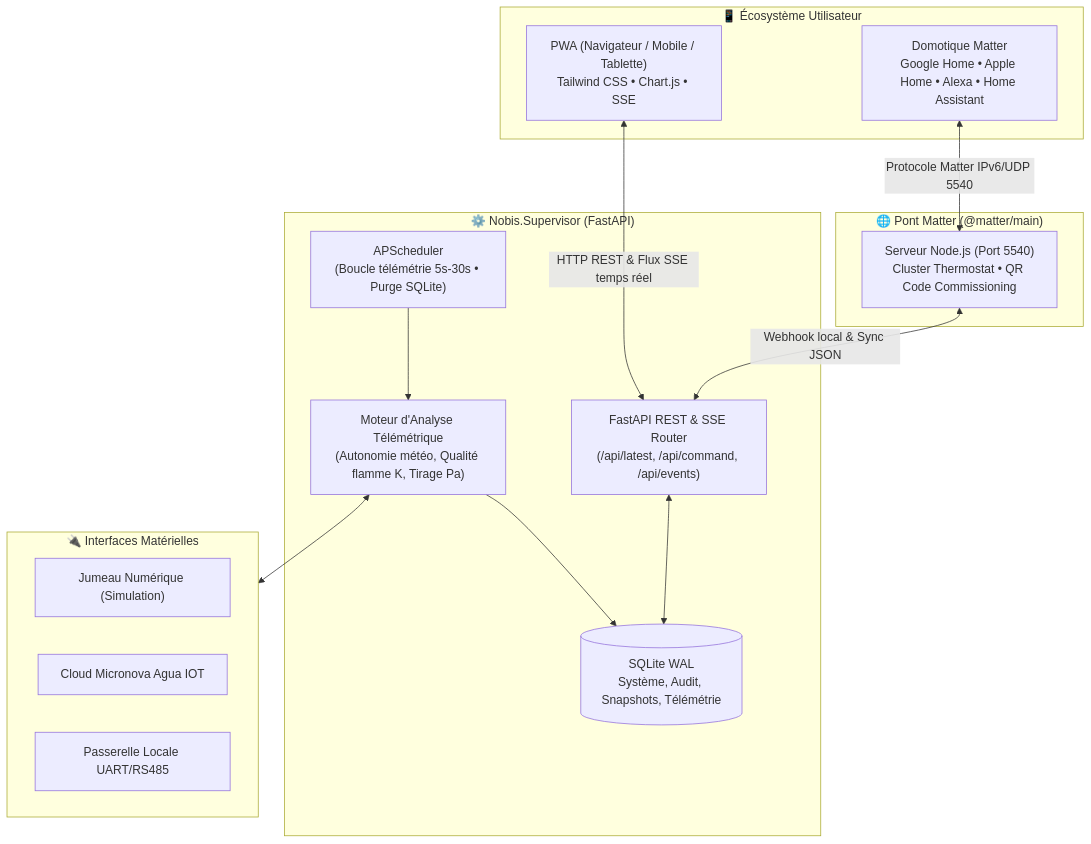
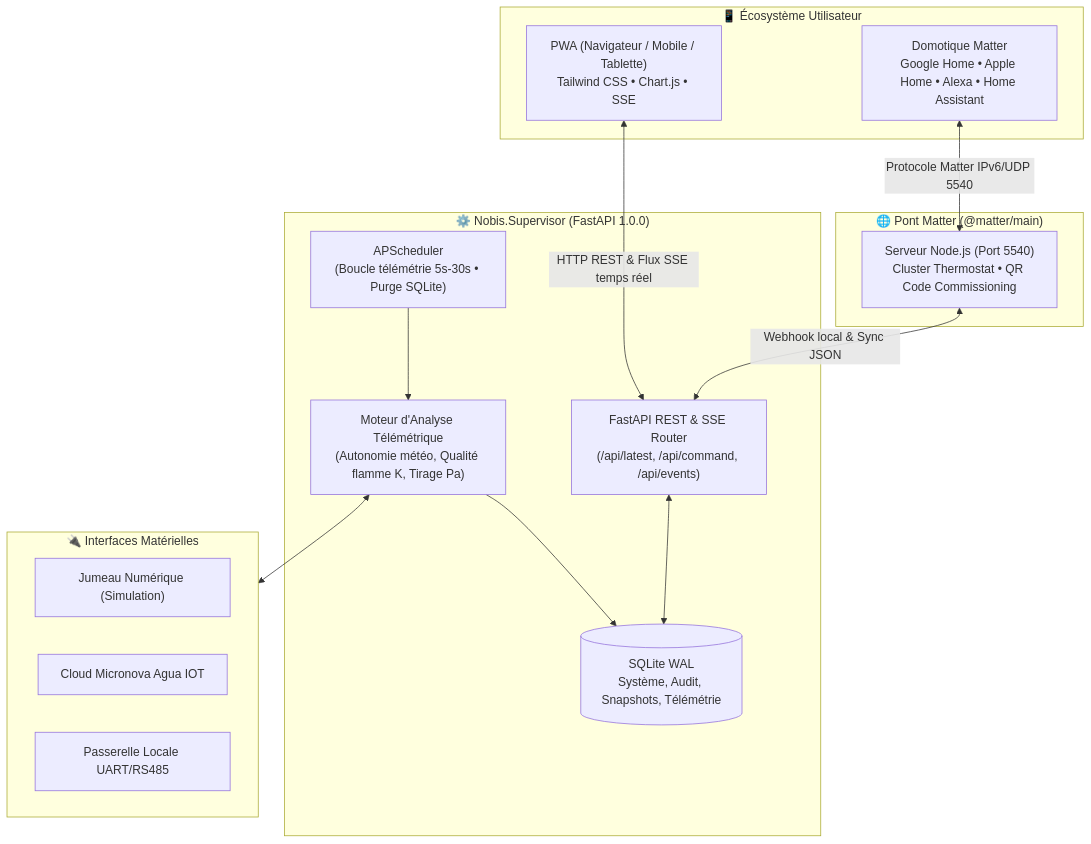
The diagram in README.md (malexxx/Nobis.Supervisor), drawn with Mermaid before and after one commit. The commit also changed other lines of this file and 2 other files, not shown here.

Commit message:
docs: enrichissement du README avec captures d'ecran v1.0, remerciements Agua Cloud et documentations techniques Nobis/Micronova

````diff
--- a/README.md
+++ b/README.md
@@ -133,32 +170,32 @@
 ```mermaid
 flowchart TD
     subgraph Clients["📱 Écosystème Utilisateur"]
         Browser["PWA (Navigateur / Mobile / Tablette)\nTailwind CSS • Chart.js • SSE"]
         SmartHome["Domotique Matter\nGoogle Home • Apple Home • Alexa • Home Assistant"]
     end
 
-    subgraph Core["⚙️ Nobis.Supervisor (FastAPI)"]
+    subgraph Core["⚙️ Nobis.Supervisor (FastAPI 1.0.0)"]
         API["FastAPI REST & SSE Router\n(/api/latest, /api/command, /api/events)"]
         Scheduler["APScheduler\n(Boucle télémétrie 5s-30s • Purge SQLite)"]
         TelemetryEngine["Moteur d'Analyse Télémétrique\n(Autonomie météo, Qualité flamme K, Tirage Pa)"]
         DB[(SQLite WAL\nSystème, Audit, Snapshots, Télémétrie)]
     end
 
     subgraph MatterBridge["🌐 Pont Matter (@matter/main)"]
         NodeBridge["Serveur Node.js (Port 5540)\nCluster Thermostat • QR Code Commissioning"]
     end
 
     subgraph Harvesters["🔌 Interfaces Matérielles"]
         Sim["Jumeau Numérique (Simulation)"]
         AguaCloud["Cloud Micronova Agua IOT"]
         LocalGW["Passerelle Locale UART/RS485"]
     end
 
     Browser <-->|HTTP REST & Flux SSE temps réel| API
     SmartHome <-->|Protocole Matter IPv6/UDP 5540| NodeBridge
     NodeBridge <-->|Webhook local & Sync JSON| API
     API <--> DB
     Scheduler --> TelemetryEngine
     TelemetryEngine <--> Harvesters
     TelemetryEngine --> DB
 ```
````
